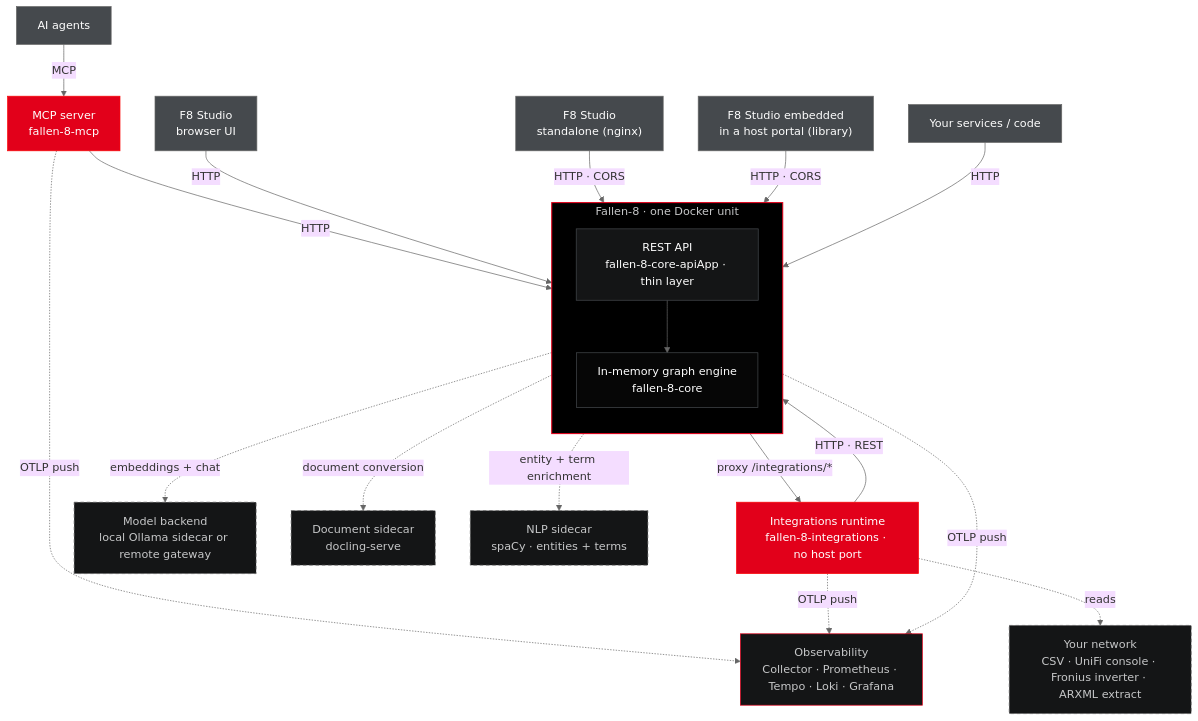
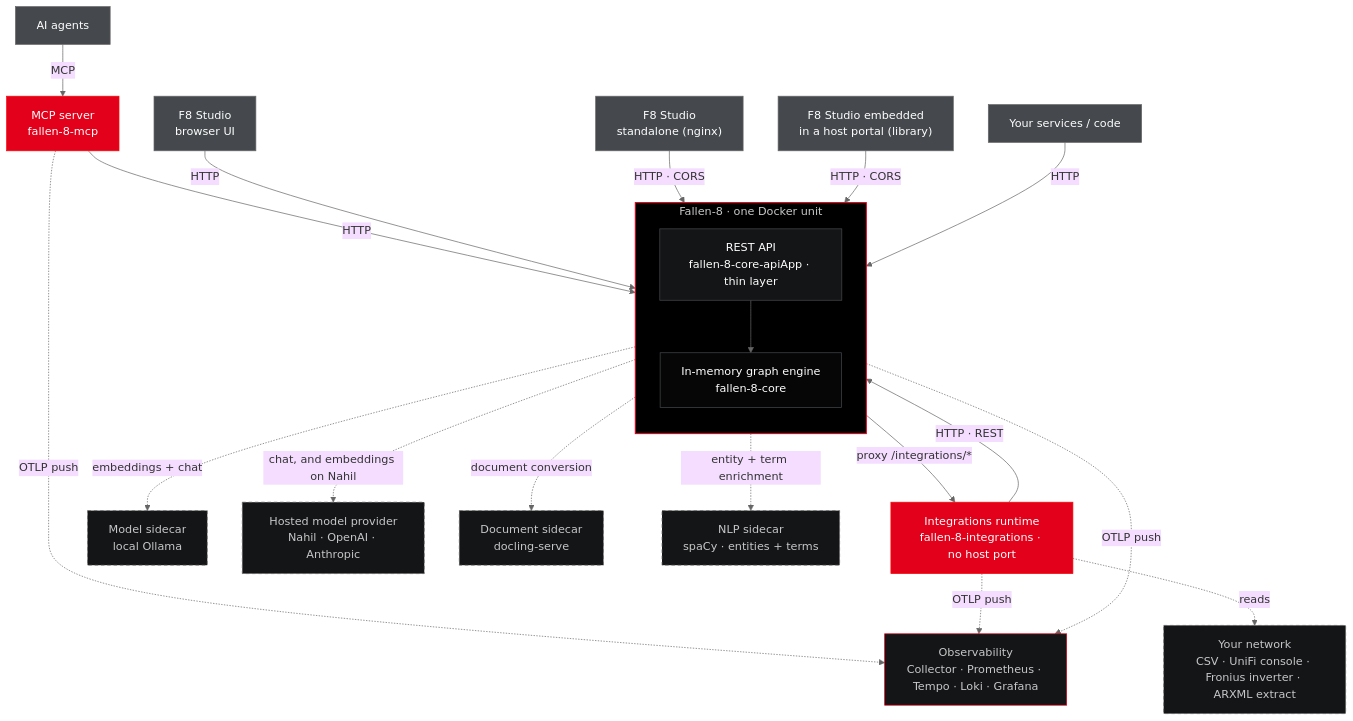
One commit to cosh/fallen-8-core changed the diagram in README.md. Above: the diagram before and after it, drawn with Mermaid. The commit also changed other lines of this file and 19 other files, not shown here.

````diff
--- a/README.md
+++ b/README.md
@@ -131,49 +136,51 @@
 ```mermaid
 %%{init: {'theme':'base','themeVariables':{'fontFamily':'ui-monospace, SFMono-Regular, Menlo, Consolas, monospace','lineColor':'#666666'}}}%%
 flowchart TB
     agents["AI agents"]:::client
     studio["F8 Studio<br/>browser UI"]:::client
     uistandalone["F8 Studio<br/>standalone (nginx)"]:::client
     hostembed["F8 Studio embedded<br/>in a host portal (library)"]:::client
     services["Your services / code"]:::client
 
     mcp["MCP server<br/>fallen-8-mcp"]:::mcp
     integrations["Integrations runtime<br/>fallen-8-integrations · no host port"]:::mcp
 
     subgraph unit["Fallen-8 · one Docker unit"]
         direction TB
         rest["REST API<br/>fallen-8-core-apiApp · thin layer"]:::api
         engine["In-memory graph engine<br/>fallen-8-core"]:::engine
         rest --> engine
     end
 
-    sidecar["Model backend<br/>local Ollama sidecar or remote gateway"]:::ext
+    sidecar["Model sidecar<br/>local Ollama"]:::ext
+    provider["Hosted model provider<br/>Nahil · OpenAI · Anthropic"]:::ext
     docling["Document sidecar<br/>docling-serve"]:::ext
     nlp["NLP sidecar<br/>spaCy · entities + terms"]:::ext
     sources["Your network<br/>CSV · UniFi console · Fronius inverter · ARXML extract"]:::ext
     obs["Observability<br/>Collector · Prometheus · Tempo · Loki · Grafana"]:::obs
 
     agents -->|MCP| mcp
     mcp -->|HTTP| rest
     studio -->|HTTP| rest
     uistandalone -->|HTTP · CORS| rest
     hostembed -->|HTTP · CORS| rest
     services -->|HTTP| rest
     rest -.->|embeddings + chat| sidecar
+    rest -.->|"chat, and embeddings on Nahil"| provider
     rest -.->|document conversion| docling
     rest -.->|entity + term enrichment| nlp
     rest -.->|OTLP push| obs
     mcp -.->|OTLP push| obs
     rest -->|proxy /integrations/*| integrations
     integrations -->|HTTP · REST| rest
     integrations -.->|reads| sources
     integrations -.->|OTLP push| obs
 
     classDef client fill:#45494D,stroke:#666666,color:#FEFEFE
     classDef mcp fill:#E2001A,stroke:#FC0606,color:#FEFEFE
     classDef api fill:#141516,stroke:#45494D,color:#FEFEFE
     classDef engine fill:#060606,stroke:#45494D,color:#FEFEFE
     classDef ext fill:#141516,stroke:#666666,color:#C6C7C8,stroke-dasharray:5 4
     classDef obs fill:#141516,stroke:#E2001A,color:#C6C7C8
     style unit fill:#000000,stroke:#E2001A,stroke-width:1.5px,color:#C6C7C8
 ```
````
